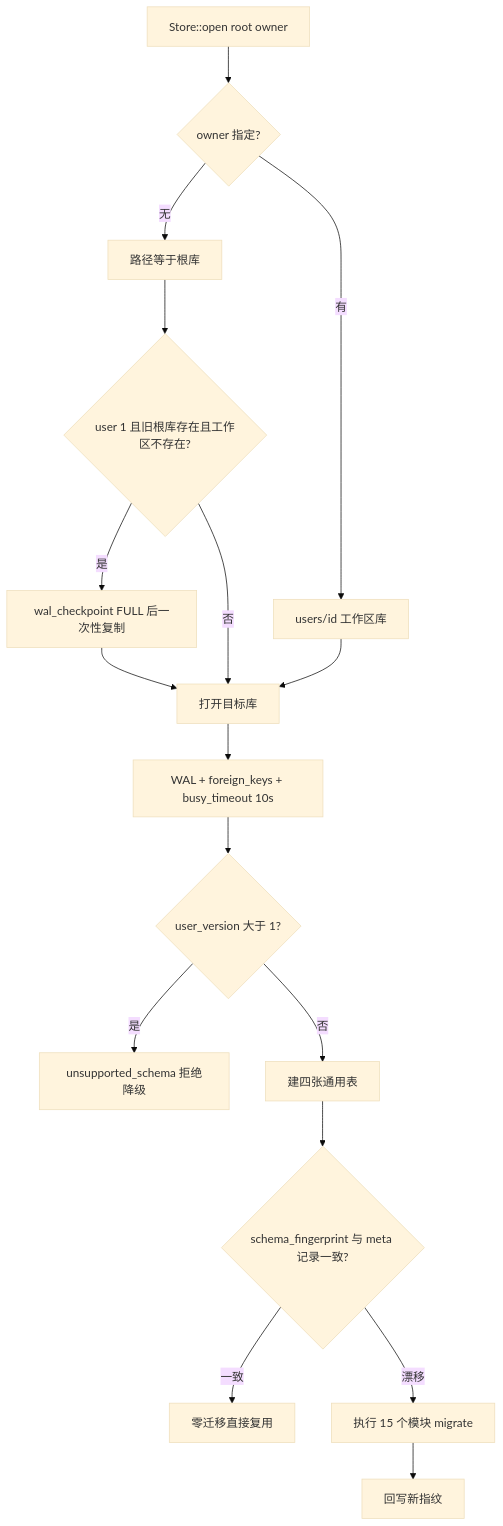
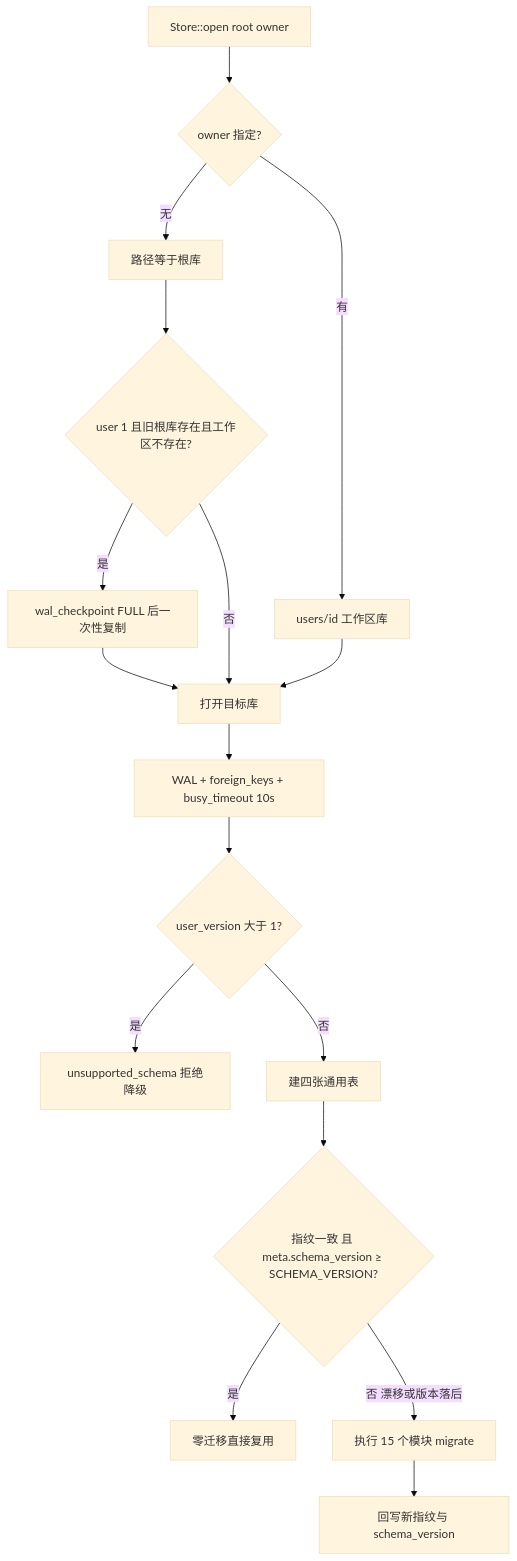
One commit to hershate/Deep-tutor changed the third of 23 diagrams in docs/architecture/02-operation-principles.md. Above: the diagram before and after it, drawn with Mermaid (base theme). The commit also changed other lines of this file and 6 other files, not shown here.

````diff
--- a/docs/architecture/02-operation-principles.md
+++ b/docs/architecture/02-operation-principles.md
@@ -67,19 +67,19 @@
 ```mermaid
 flowchart TD
     A[Store::open root owner] --> B{owner 指定?}
     B -->|无| C[路径等于根库]
     B -->|有| D[users/id 工作区库]
     C --> E{user 1 且旧根库存在且工作区不存在?}
     E -->|是| F[wal_checkpoint FULL 后一次性复制]
     E -->|否| G[打开目标库]
     D --> G
     F --> G
     G --> H[WAL + foreign_keys + busy_timeout 10s]
     H --> I{user_version 大于 1?}
     I -->|是| J[unsupported_schema 拒绝降级]
     I -->|否| K[建四张通用表]
-    K --> L{schema_fingerprint 与 meta 记录一致?}
-    L -->|一致| M[零迁移直接复用]
-    L -->|漂移| N[执行 15 个模块 migrate]
-    N --> O[回写新指纹]
+    K --> L{指纹一致 且 meta.schema_version ≥ SCHEMA_VERSION?}
+    L -->|是| M[零迁移直接复用]
+    L -->|否 漂移或版本落后| N[执行 15 个模块 migrate]
+    N --> O[回写新指纹与 schema_version]
 ```
````
